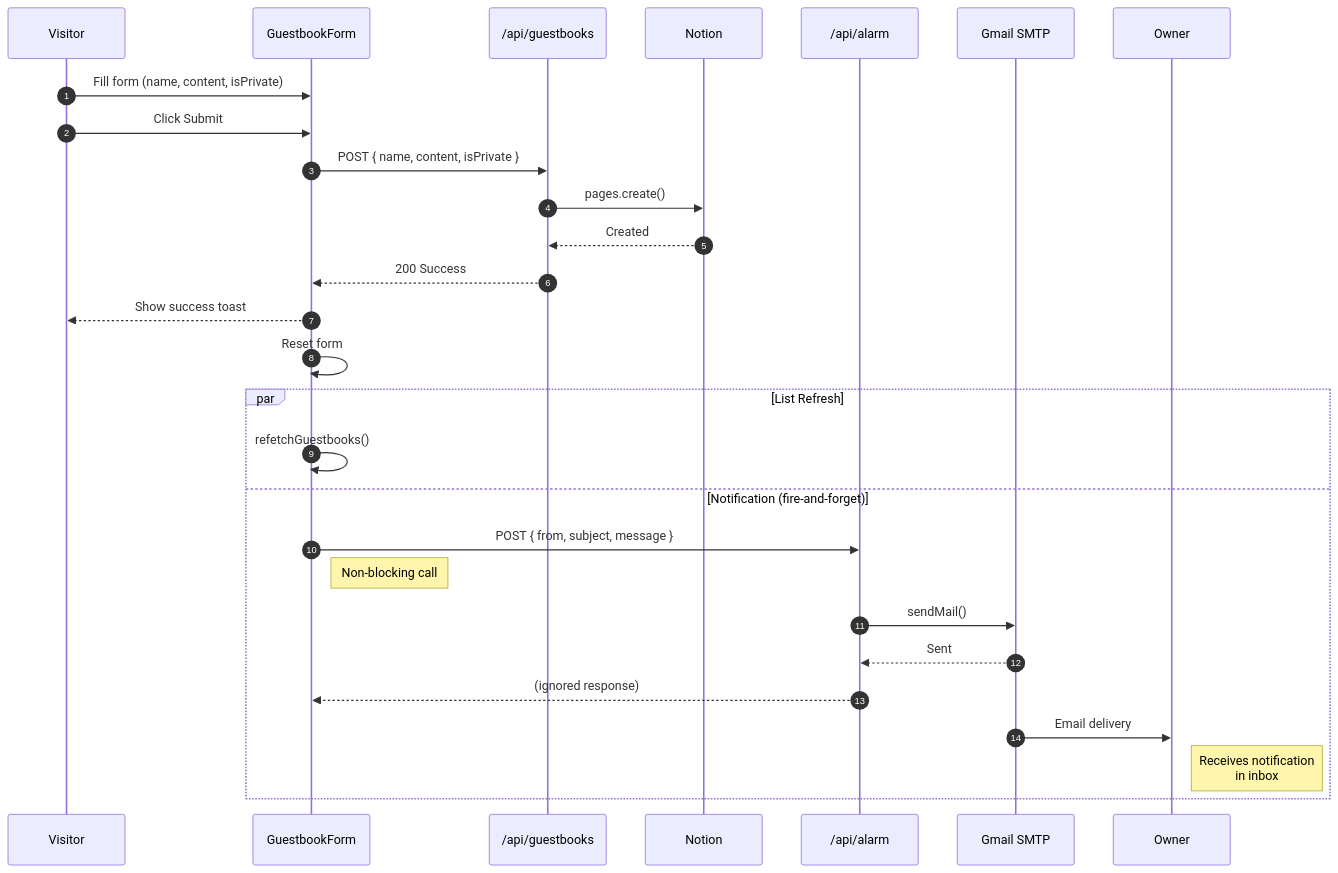
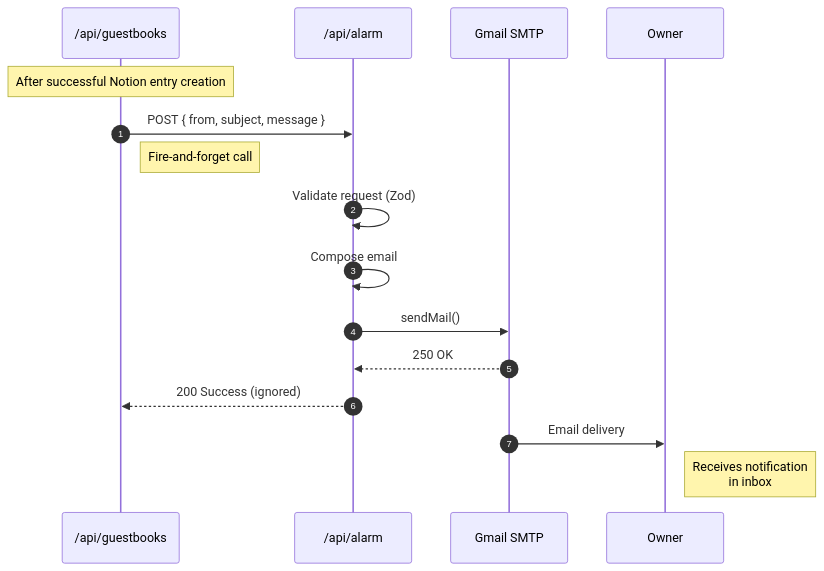
Before and after one commit to ywj3493/metis-blog: the second of 5 diagrams in docs/specifications/alarm/workflows/sequence-diagram.md, drawn with Mermaid. The commit also changed other lines of this file and 10 other files, not shown here.

````diff
--- a/docs/specifications/alarm/workflows/sequence-diagram.md
+++ b/docs/specifications/alarm/workflows/sequence-diagram.md
@@ -117,34 +114,24 @@
 ```mermaid
 sequenceDiagram
     autonumber
-    participant V as Visitor
-    participant F as GuestbookForm
     participant GA as /api/guestbooks
-    participant N as Notion
     participant AA as /api/alarm
     participant S as Gmail SMTP
     participant O as Owner
 
-    V->>F: Fill form (name, content, isPrivate)
-    V->>F: Click Submit
+    Note over GA: After successful Notion entry creation
 
-    F->>GA: POST { name, content, isPrivate }
-    GA->>N: pages.create()
-    N-->>GA: Created
-    GA-->>F: 200 Success
+    GA->>AA: POST { from, subject, message }
+    Note right of GA: Fire-and-forget call
 
-    F-->>V: Show success toast
-    F->>F: Reset form
+    AA->>AA: Validate request (Zod)
+    AA->>AA: Compose email
 
-    par List Refresh
-        F->>F: refetchGuestbooks()
-    and Notification (fire-and-forget)
-        F->>AA: POST { from, subject, message }
-        Note right of F: Non-blocking call
-        AA->>S: sendMail()
-        S-->>AA: Sent
-        AA-->>F: (ignored response)
-        S->>O: Email delivery
-        Note right of O: Receives notification<br/>in inbox
-    end
+    AA->>S: sendMail()
+    S-->>AA: 250 OK
+
+    AA-->>GA: 200 Success (ignored)
+
+    S->>O: Email delivery
+    Note right of O: Receives notification<br/>in inbox
 ```
````
